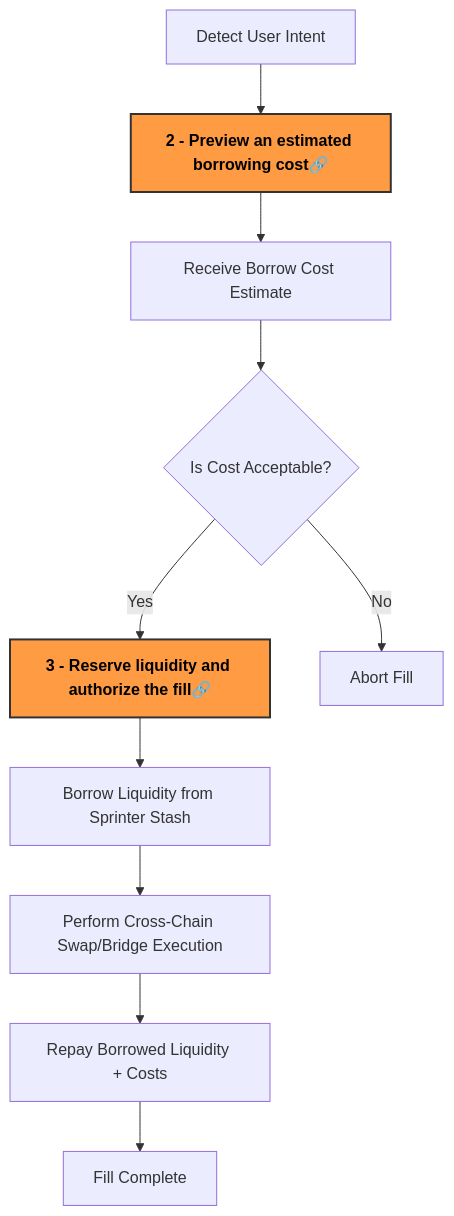
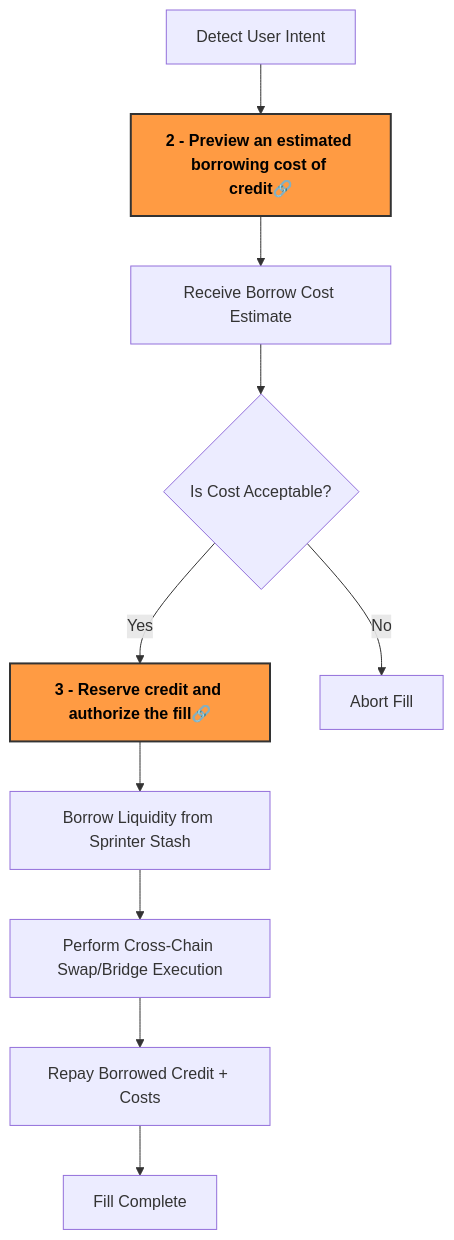
Before and after one commit to sprintertech/sprinter-sdk: the diagram in docs/docs/02-Stash/01-utilizing-stash.md, drawn with Mermaid. The commit also changed other lines of this file and 11 other files, not shown here.

````diff
--- a/docs/docs/02-Stash/01-utilizing-stash.md
+++ b/docs/docs/02-Stash/01-utilizing-stash.md
@@ -25,19 +26,19 @@
 ```mermaid
 flowchart TD
-  A[Detect User Intent] --> B[2 - Preview an estimated borrowing cost🔗]
+  A[Detect User Intent] --> B[2 - Preview an estimated borrowing cost of credit🔗]
   B --> C[Receive Borrow Cost Estimate]
   C --> D{Is Cost Acceptable?}
-  D -- Yes --> E[3 - Reserve liquidity and authorize the fill🔗]
+  D -- Yes --> E[3 - Reserve credit and authorize the fill🔗]
   D -- No --> F[Abort Fill]
   E --> G[Borrow Liquidity from Sprinter Stash]
   G --> H[Perform Cross-Chain Swap/Bridge Execution]
-  H --> I[Repay Borrowed Liquidity + Costs]
+  H --> I[Repay Borrowed Credit + Costs]
   I --> J[Fill Complete]
 
-click B "borrow-cost-api" "Borrow Cost"
+click B "use-stash#2-request-a-borrow-cost-estimate-optional" "Borrow Cost"
 style B fill:#FF9B43,stroke:#333,stroke-width:2px,color:#000,font-weight:bold
 
-click E "borrow-quote-api" "Borrow Quote"
+click E "use-stash#3-request-a-final-borrow-quote" "Borrow Quote"
 style E fill:#FF9B43,stroke:#333,stroke-width:2px,color:#000,font-weight:bold
 
 ```
````
